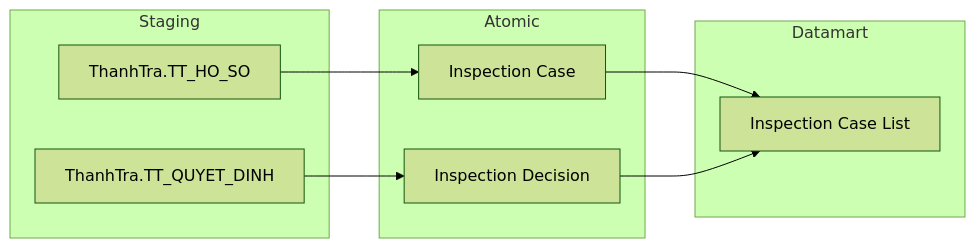
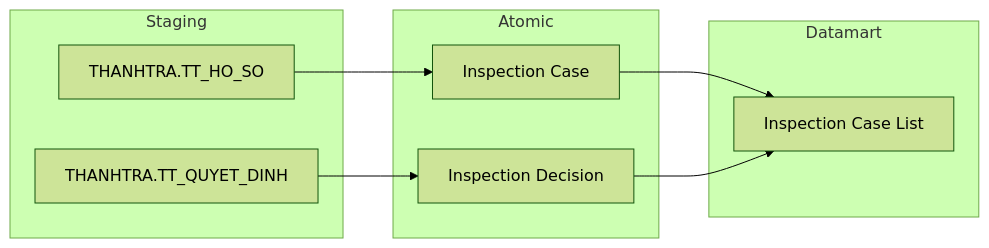
Before and after one commit to linhlvit/ubck_atomic_design: the second of 5 diagrams in docs/output/datamart/TT/DTM_TT_PTTK.md, drawn with Mermaid (forest theme). The commit also changed other lines of this file and 463 other files, not shown here.

````diff
--- a/docs/output/datamart/TT/DTM_TT_PTTK.md
+++ b/docs/output/datamart/TT/DTM_TT_PTTK.md
@@ -73,18 +73,18 @@
 ```mermaid
 flowchart LR
   subgraph Staging
-    ThanhTra_TT_HO_SO["ThanhTra.TT_HO_SO"]
-    ThanhTra_TT_QUYET_DINH["ThanhTra.TT_QUYET_DINH"]
+    THANHTRA_TT_HO_SO["THANHTRA.TT_HO_SO"]
+    THANHTRA_TT_QUYET_DINH["THANHTRA.TT_QUYET_DINH"]
   end
   subgraph Atomic
     inspection_case["Inspection Case"]
     inspection_decision["Inspection Decision"]
   end
   subgraph Datamart
     inspection_case_list["Inspection Case List"]
   end
-  ThanhTra_TT_HO_SO --> inspection_case
-  ThanhTra_TT_QUYET_DINH --> inspection_decision
+  THANHTRA_TT_HO_SO --> inspection_case
+  THANHTRA_TT_QUYET_DINH --> inspection_decision
   inspection_case --> inspection_case_list
   inspection_decision --> inspection_case_list
 ```
````
